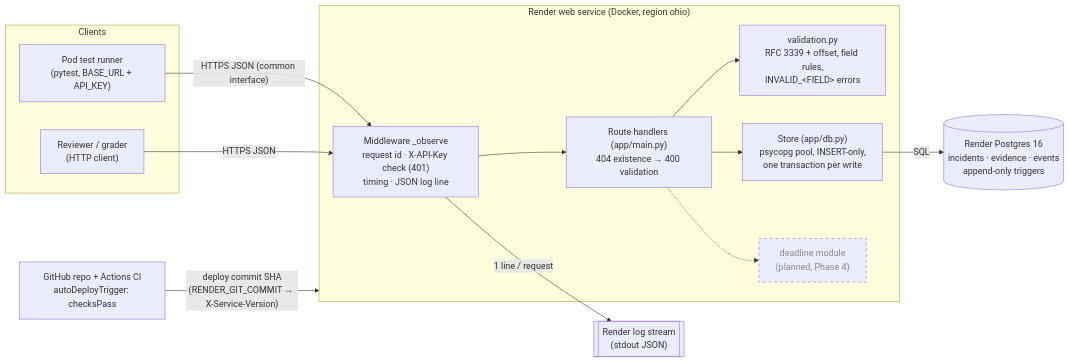
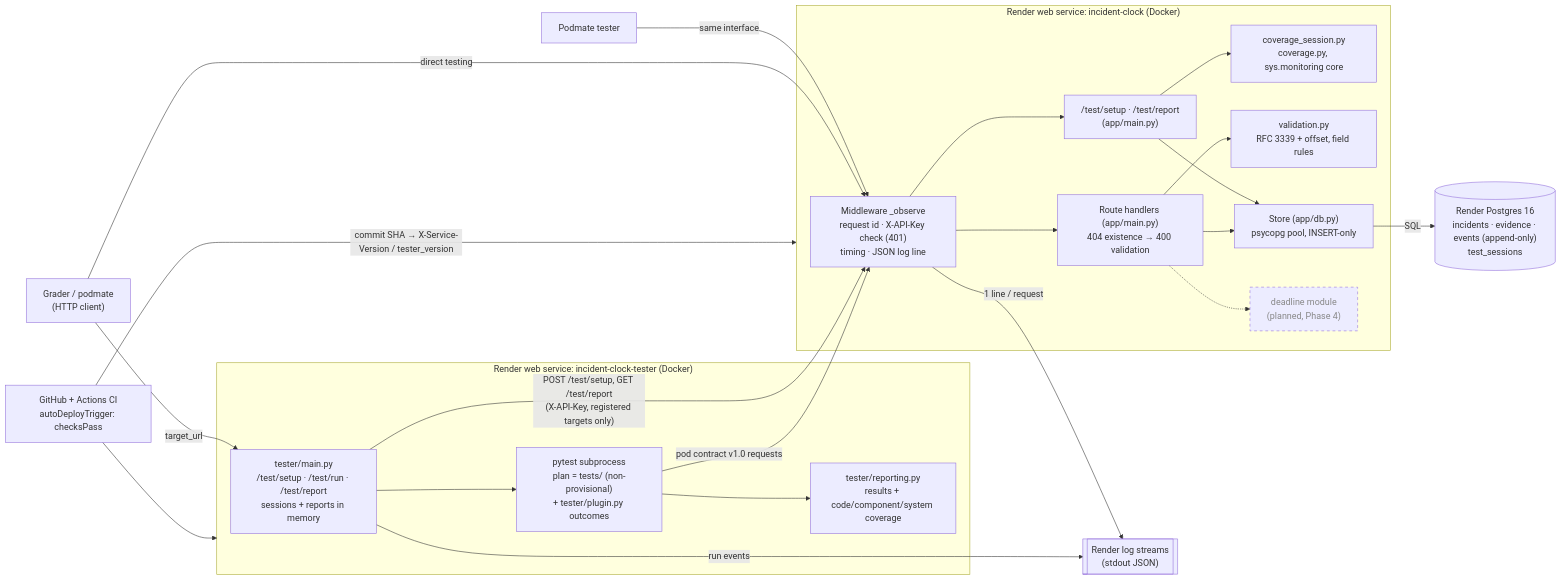
Before and after one commit to saachikayadav/incident-clock: the first of 5 diagrams in docs/models.md, drawn with Mermaid. The commit also changed other lines of this file and 33 other files, not shown here.

First line of the commit message:
Phase 3: course cross-team testing interface (tester + system /test endpoints)

````diff
--- a/docs/models.md
+++ b/docs/models.md
@@ -21,32 +22,48 @@
 ```mermaid
 flowchart LR
-  subgraph Clients
-    T["Pod test runner<br/>(pytest, BASE_URL + API_KEY)"]
-    U["Reviewer / grader<br/>(HTTP client)"]
+  G["Grader / podmate<br/>(HTTP client)"]
+  PT["Podmate tester"]
+
+  subgraph TS["Render web service: incident-clock-tester (Docker)"]
+    TA["tester/main.py<br/>/test/setup · /test/run · /test/report<br/>sessions + reports in memory"]
+    TP["pytest subprocess<br/>plan = tests/ (non-provisional)<br/>+ tester/plugin.py outcomes"]
+    TR["tester/reporting.py<br/>results + code/component/system coverage"]
   end
 
-  subgraph Render["Render web service (Docker, region ohio)"]
+  subgraph SYS["Render web service: incident-clock (Docker)"]
     MW["Middleware _observe<br/>request id · X-API-Key check (401)<br/>timing · JSON log line"]
     H["Route handlers (app/main.py)<br/>404 existence → 400 validation"]
-    V["validation.py<br/>RFC 3339 + offset, field rules,<br/>INVALID_&lt;FIELD&gt; errors"]
-    S["Store (app/db.py)<br/>psycopg pool, INSERT-only,<br/>one transaction per write"]
+    TI["/test/setup · /test/report<br/>(app/main.py)"]
+    CV["coverage_session.py<br/>coverage.py, sys.monitoring core"]
+    V["validation.py<br/>RFC 3339 + offset, field rules"]
+    S["Store (app/db.py)<br/>psycopg pool, INSERT-only"]
     D["deadline module<br/>(planned, Phase 4)"]
   end
 
-  DB[("Render Postgres 16<br/>incidents · evidence · events<br/>append-only triggers")]
-  LOG[["Render log stream<br/>(stdout JSON)"]]
-  GH["GitHub repo + Actions CI<br/>autoDeployTrigger: checksPass"]
+  DB[("Render Postgres 16<br/>incidents · evidence · events (append-only)<br/>test_sessions")]
+  LOG[["Render log streams<br/>(stdout JSON)"]]
+  GH["GitHub + Actions CI<br/>autoDeployTrigger: checksPass"]
 
-  T -- "HTTPS JSON (common interface)" --> MW
-  U -- "HTTPS JSON" --> MW
+  G -- "target_url" --> TA
+  TA --> TP
+  TP --> TR
+  TA -- "POST /test/setup, GET /test/report<br/>(X-API-Key, registered targets only)" --> MW
+  TP -- "pod contract v1.0 requests" --> MW
+  PT -- "same interface" --> MW
+  G -- "direct testing" --> MW
   MW --> H
+  MW --> TI
+  TI --> CV
+  TI --> S
   H --> V
   H --> S
   S -- "SQL" --> DB
   MW -- "1 line / request" --> LOG
-  GH -- "deploy commit SHA<br/>(RENDER_GIT_COMMIT → X-Service-Version)" --> Render
+  TA -- "run events" --> LOG
+  GH -- "commit SHA → X-Service-Version / tester_version" --> SYS
+  GH --> TS
   H -.-> D
 
   classDef planned stroke-dasharray: 5 5,color:#888;
   class D planned;
 ```
````
